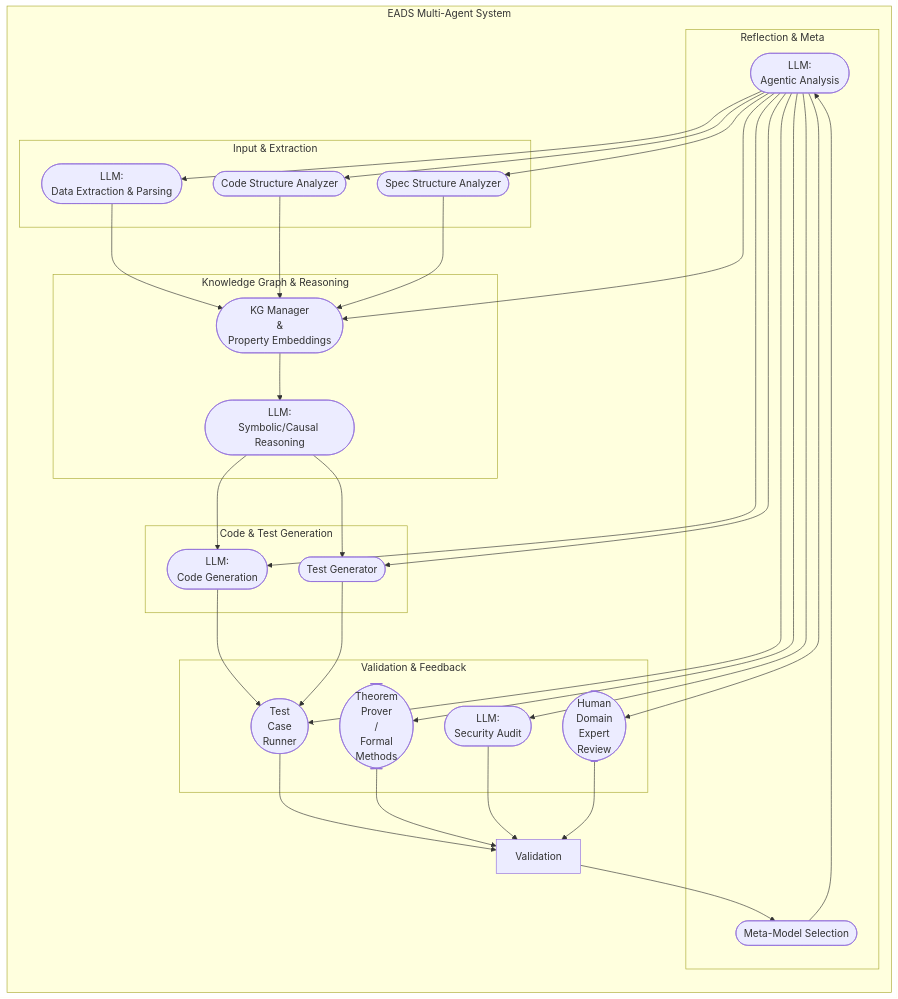
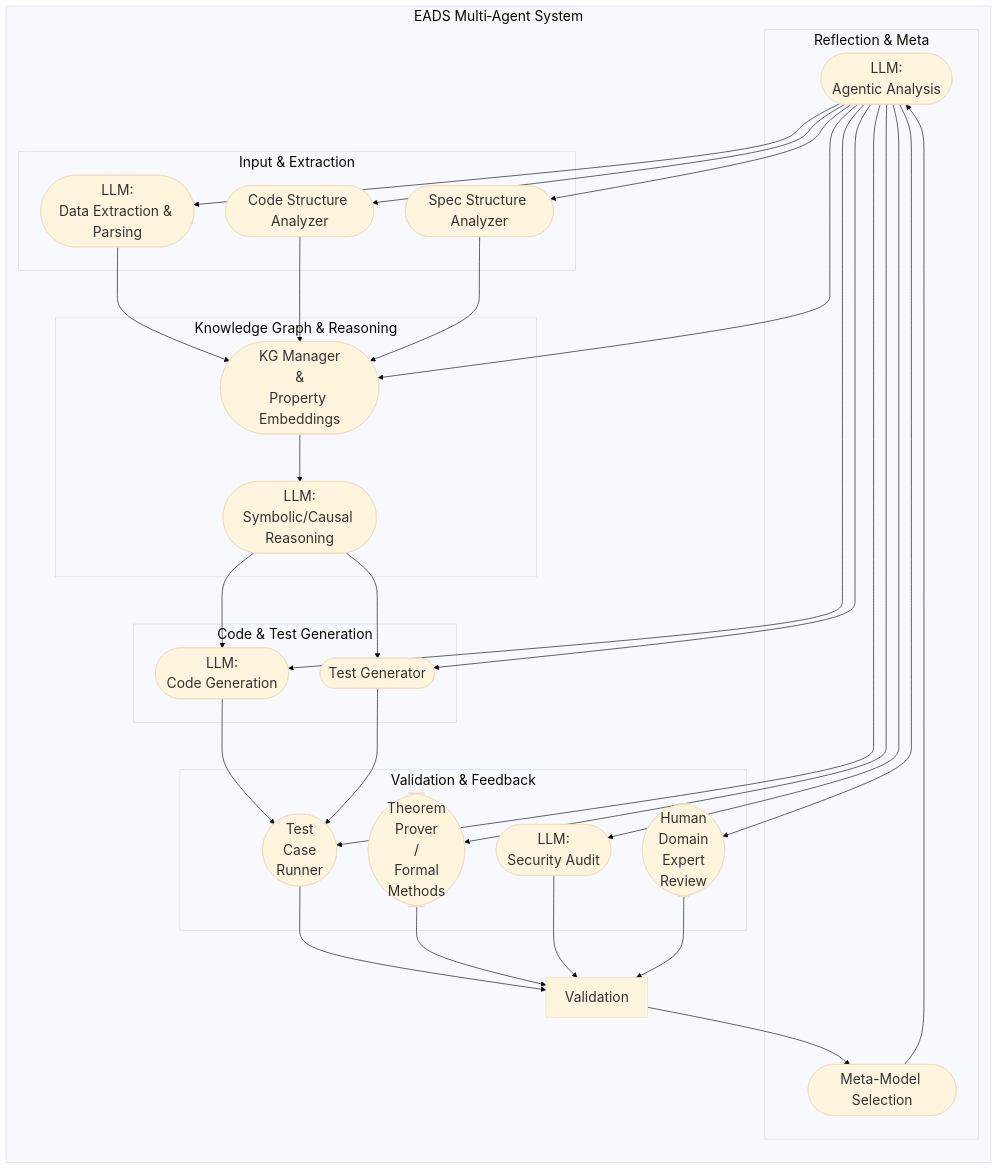
Before and after one commit to nshkrdotcom/EADS: the second of 4 diagrams in docs/EADS-20241211-2.md, drawn with Mermaid. The commit also changed 1 other file, not shown here.

````diff
--- a/docs/EADS-20241211-2.md
+++ b/docs/EADS-20241211-2.md
@@ -52,68 +52,69 @@
 ```mermaid
+%%{init: {'theme': 'base', 'themeVariables': { 'fontSize': '22px'}}}%%
 graph
-    subgraph EADS["EADS Multi-Agent System"]
+    subgraph EADS["EADS&nbsp;Multi#8209;Agent&nbsp;System"]
         direction TB
 
-        subgraph InputLayer["Input & Extraction"]
+        subgraph InputLayer["Input&nbsp;&&nbsp;Extraction"]
             InputLLM([LLM:<br>Data Extraction & Parsing])
             CodeAnalyzer([Code Structure Analyzer])
             SpecAnalyzer([Spec Structure Analyzer])
         end
 
-        subgraph KnowledgeLayer["Knowledge Graph & Reasoning"]
+        subgraph KnowledgeLayer["Knowledge&nbsp;Graph&nbsp;&&nbsp;Reasoning"]
             KG_Manager([KG Manager<br>&<br>Property Embeddings])
             InferenceAgent([LLM:<br>Symbolic/Causal Reasoning])
 
         end
 
-        subgraph CodeGenLayer["Code & Test Generation"]
+        subgraph CodeGenLayer["Code&nbsp;&&nbsp;Test&nbsp;Generation"]
             CodeGenerator([LLM:<br>Code Generation])
             TestGenerator([Test Generator])
 
         end
 
-        subgraph ValidationLayer["Validation & Feedback"]
-			FormalVerifier([Theorem<br>Prover<br>/<br>Formal<br>Methods])
+        subgraph ValidationLayer["Validation&nbsp;&&nbsp;Feedback"]
+            FormalVerifier([Theorem<br>Prover<br>/<br>Formal<br>Methods])
             TestRunner([Test<br>Case<br>Runner])
             SecurityAnalyzer([LLM:<br>Security Audit])
             HumanReview([Human<br>Domain<br>Expert<br>Review])
         end
 
-		subgraph ReflectionLayer["Reflection & Meta"]
-			SelfAnalyzer([LLM:<br>Agentic Analysis])
-			MetaController([Meta-Model Selection])
+        subgraph ReflectionLayer["Reflection&nbsp;&&nbsp;Meta"]
+            SelfAnalyzer([LLM:<br>Agentic Analysis])
+            MetaController([Meta-Model Selection])
         end
 
 
-    InputLLM --> KG_Manager
-    CodeAnalyzer --> KG_Manager
-    SpecAnalyzer --> KG_Manager
+        InputLLM --> KG_Manager
+        CodeAnalyzer --> KG_Manager
+        SpecAnalyzer --> KG_Manager
 
-    KG_Manager --> InferenceAgent
-    InferenceAgent --> CodeGenerator
-    InferenceAgent --> TestGenerator
+        KG_Manager --> InferenceAgent
+        InferenceAgent --> CodeGenerator
+        InferenceAgent --> TestGenerator
 
 
-    CodeGenerator --> TestRunner
-    TestGenerator --> TestRunner
+        CodeGenerator --> TestRunner
+        TestGenerator --> TestRunner
 
-    TestRunner --> Validation
-    FormalVerifier-->Validation
-    SecurityAnalyzer --> Validation
-     HumanReview --> Validation
+        TestRunner --> Validation
+        FormalVerifier-->Validation
+        SecurityAnalyzer --> Validation
+        HumanReview --> Validation
 
-    Validation --> MetaController
-     MetaController -->SelfAnalyzer
+        Validation --> MetaController
+        MetaController -->SelfAnalyzer
         SelfAnalyzer -->InputLLM
         SelfAnalyzer -->CodeAnalyzer
         SelfAnalyzer -->SpecAnalyzer
-     SelfAnalyzer --> KG_Manager
-     SelfAnalyzer -->CodeGenerator
-     SelfAnalyzer -->TestGenerator
-     SelfAnalyzer -->TestRunner
-     SelfAnalyzer -->FormalVerifier
-     SelfAnalyzer --> SecurityAnalyzer
+        SelfAnalyzer --> KG_Manager
+        SelfAnalyzer -->CodeGenerator
+        SelfAnalyzer -->TestGenerator
+        SelfAnalyzer -->TestRunner
+        SelfAnalyzer -->FormalVerifier
+        SelfAnalyzer --> SecurityAnalyzer
         SelfAnalyzer --> HumanReview
 
     end
 ```
````
